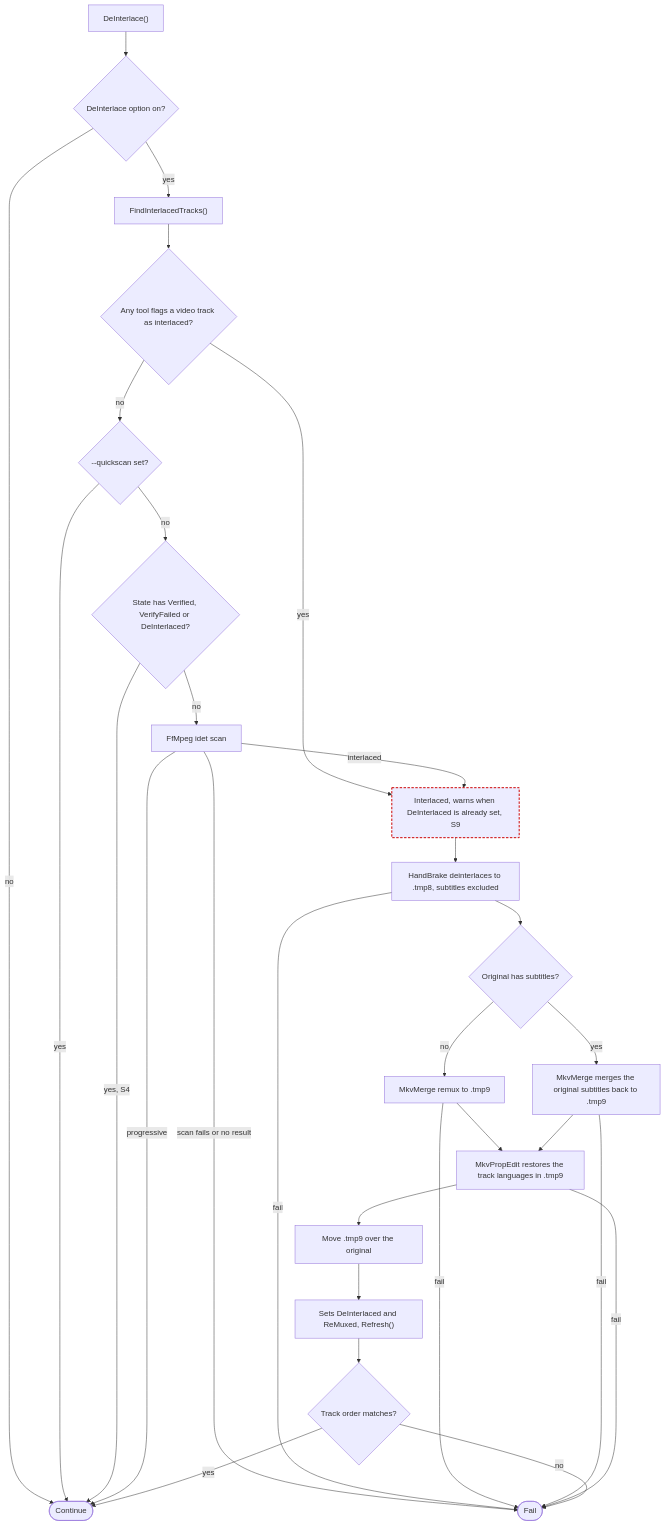
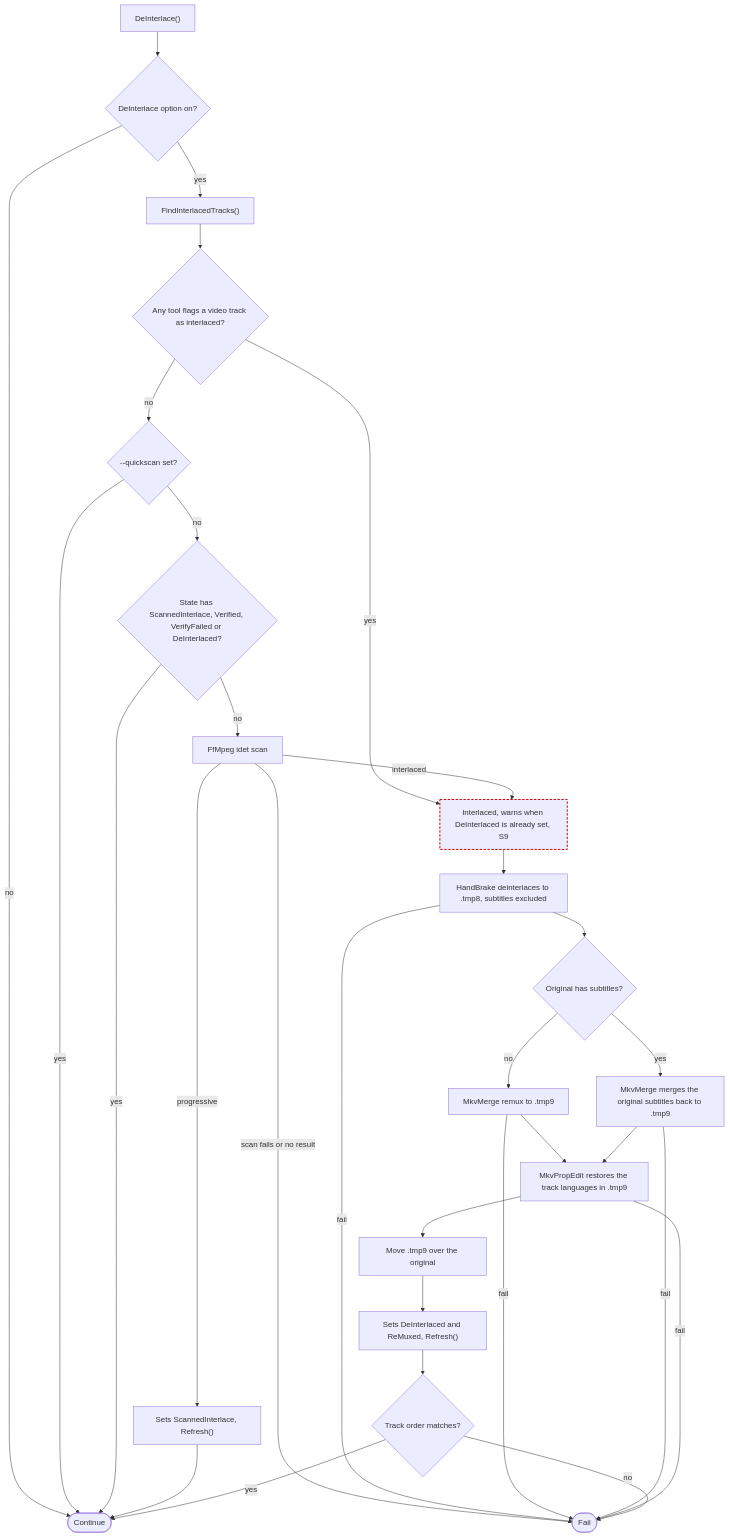
Before and after one commit to ptr727/PlexCleaner: the eighth of 11 diagrams in ARCHITECTURE.md, drawn with Mermaid. The commit also changed other lines of this file and 5 other files, not shown here.

````diff
--- a/ARCHITECTURE.md
+++ b/ARCHITECTURE.md
@@ -544,32 +545,33 @@
 ```mermaid
 flowchart TD
   A0["DeInterlace()"] --> A1{"DeInterlace option on?"}
   A1 -->|no| AOK(["Continue"])
   A1 -->|yes| F0["FindInterlacedTracks()"]
   F0 --> F1{"Any tool flags a video track as interlaced?"}
   F1 -->|yes| FOUND
   F1 -->|no| F2{"--quickscan set?"}
   F2 -->|yes| AOK
-  F2 -->|no| F3{"State has Verified, VerifyFailed or DeInterlaced?"}
-  F3 -->|"yes, S4"| AOK
+  F2 -->|no| F3{"State has ScannedInterlace, Verified, VerifyFailed or DeInterlaced?"}
+  F3 -->|yes| AOK
   F3 -->|no| F4["FfMpeg idet scan"]
   F4 -->|"scan fails or no result"| FAIL(["Fail"])
-  F4 -->|progressive| AOK
+  F4 -->|progressive| F5["Sets ScannedInterlace, Refresh()"]
+  F5 --> AOK
   F4 -->|interlaced| FOUND["Interlaced, warns when DeInterlaced is already set, S9"]:::suspect
   FOUND --> D1["HandBrake deinterlaces to .tmp8, subtitles excluded"]
   D1 -->|fail| FAIL
   D1 --> D2{"Original has subtitles?"}
   D2 -->|no| D3["MkvMerge remux to .tmp9"]
   D2 -->|yes| D4["MkvMerge merges the original subtitles back to .tmp9"]
   D3 -->|fail| FAIL
   D4 -->|fail| FAIL
   D3 --> D5["MkvPropEdit restores the track languages in .tmp9"]
   D4 --> D5
   D5 -->|fail| FAIL
   D5 --> D6["Move .tmp9 over the original"]
   D6 --> D7["Sets DeInterlaced and ReMuxed, Refresh()"]
   D7 --> D8{"Track order matches?"}
   D8 -->|no| FAIL
   D8 -->|yes| AOK
   classDef suspect stroke:#c00,stroke-width:2px,stroke-dasharray:5 3
 ```
````
